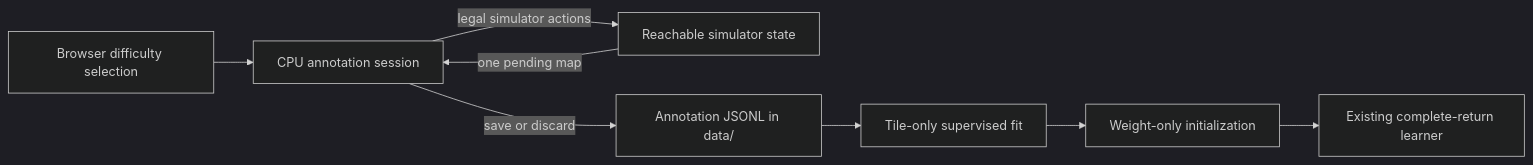
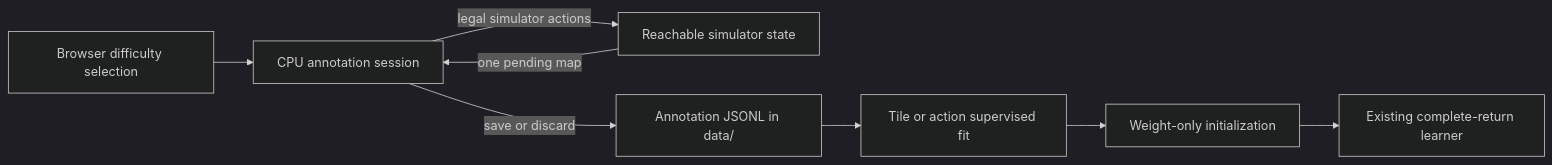
The fifth of 10 diagrams in docs/architecture.md (Comb1e/RL-Pvz), drawn with Mermaid (dark theme) before and after one commit. The commit also changed other lines of this file and 14 other files, not shown here.

````diff
--- a/docs/architecture.md
+++ b/docs/architecture.md
@@ -158,10 +158,10 @@
 ```mermaid
 flowchart LR
     Select[Browser difficulty selection] --> Session[CPU annotation session]
     Session -->|legal simulator actions| Game[Reachable simulator state]
     Game -->|one pending map| Session
     Session -->|save or discard| Labels[Annotation JSONL in data/]
-    Labels --> WarmStart[Tile-only supervised fit]
+    Labels --> WarmStart[Tile or action supervised fit]
     WarmStart --> Init[Weight-only initialization]
     Init --> Train[Existing complete-return learner]
 ```
````
